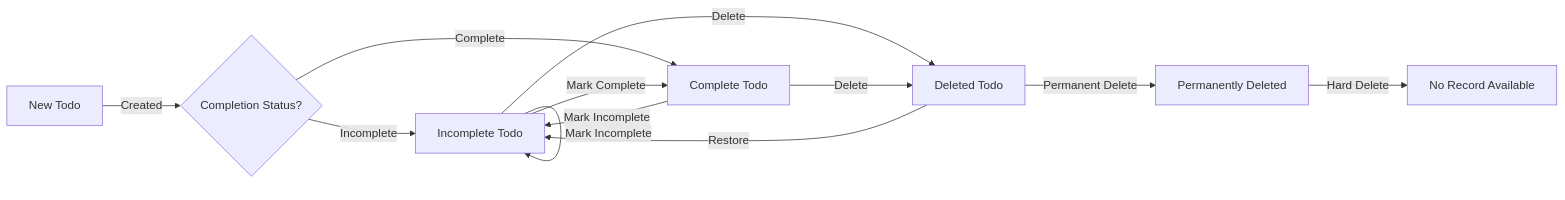
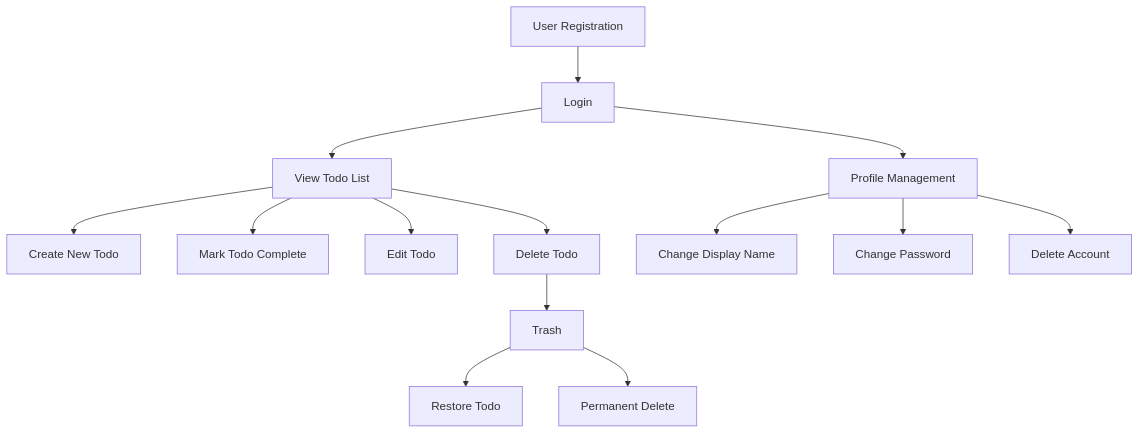
The diagram in qwen/qwen3-30b-a3b-thinking-2507/todo/docs/analysis/05-user-actors.md (wrtnlabs/autobe-examples), drawn with Mermaid before and after one commit. The commit also changed other lines of this file and 11104 other files, not shown here.

````diff
--- a/qwen/qwen3-30b-a3b-thinking-2507/todo/docs/analysis/05-user-actors.md
+++ b/qwen/qwen3-30b-a3b-thinking-2507/todo/docs/analysis/05-user-actors.md
@@ -121,14 +69,16 @@
 ```mermaid
-graph LR
-    A[New Todo] -->|Created| B{"Completion Status?"}
-    B -->|Incomplete| C[Incomplete Todo]
-    B -->|Complete| D[Complete Todo]
-    C -->|Mark Complete| D
-    C -->|Mark Incomplete| C
-    D -->|Mark Incomplete| C
-    C -->|Delete| E[Deleted Todo]
-    D -->|Delete| E
-    E -->|Restore| C
-    E -->|Permanent Delete| F[Permanently Deleted]
-    F -->|Hard Delete| G[No Record Available]
+graph TD
+    A[User Registration] --> B[Login]
+    B --> C[View Todo List]
+    C --> D[Create New Todo]
+    C --> E[Mark Todo Complete]
+    C --> F[Edit Todo]
+    C --> G[Delete Todo]
+    G --> H[Trash]
+    H --> I[Restore Todo]
+    H --> J[Permanent Delete]
+    B --> K[Profile Management]
+    K --> L[Change Display Name]
+    K --> M[Change Password]
+    K --> N[Delete Account]
 ```
````
